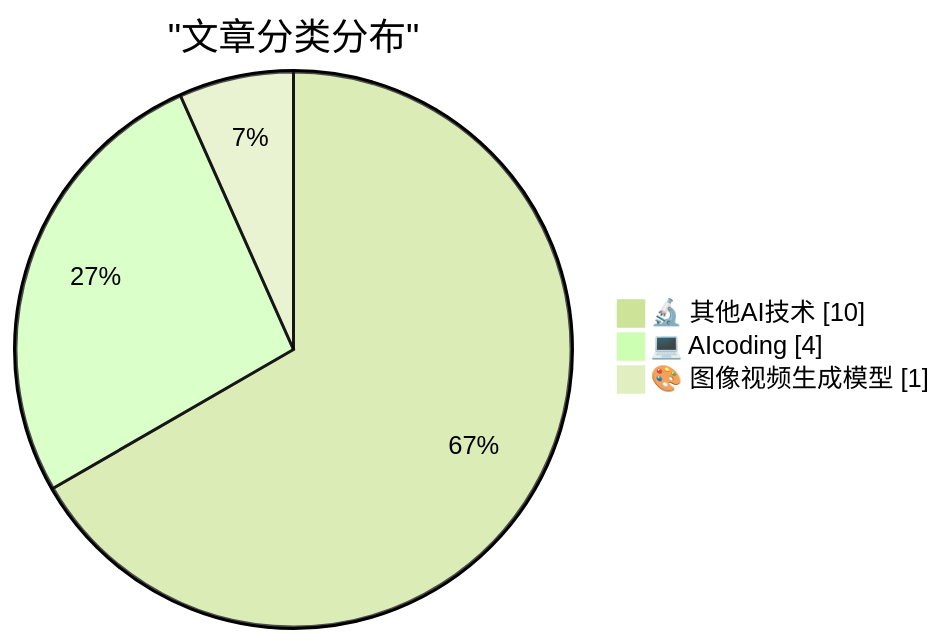
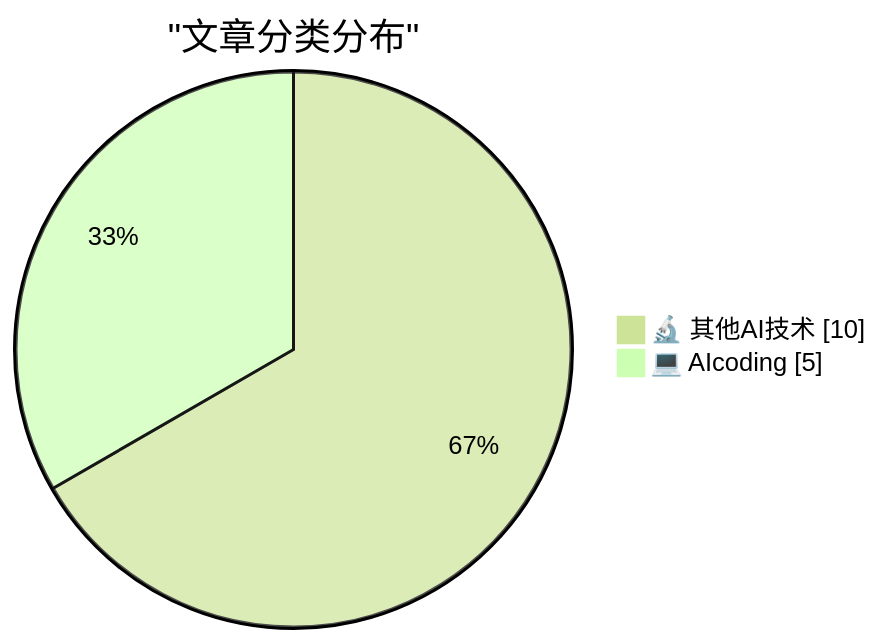
Before and after one commit to MirrMeur/ai-daily-digest: the first of 2 diagrams in digests/digest-20260228.md, drawn with Mermaid (forest theme). The commit also changed other lines of this file, not shown here.

````diff
--- a/digests/digest-20260228.md
+++ b/digests/digest-20260228.md
@@ -73,7 +73,6 @@
 ```mermaid
 pie showData
     title "文章分类分布"
     "🔬 其他AI技术" : 10
-    "💻 AIcoding" : 4
-    "🎨 图像视频生成模型" : 1
+    "💻 AIcoding" : 5
 ```
````
